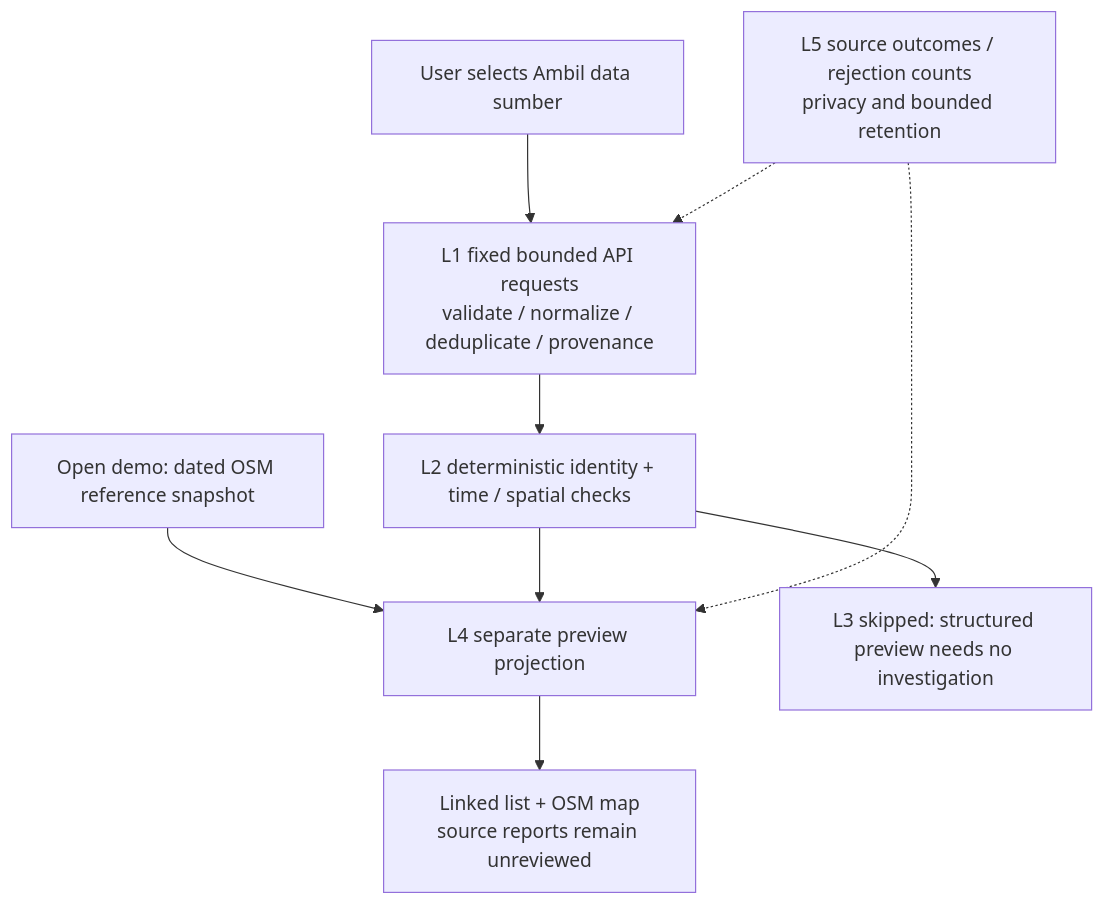
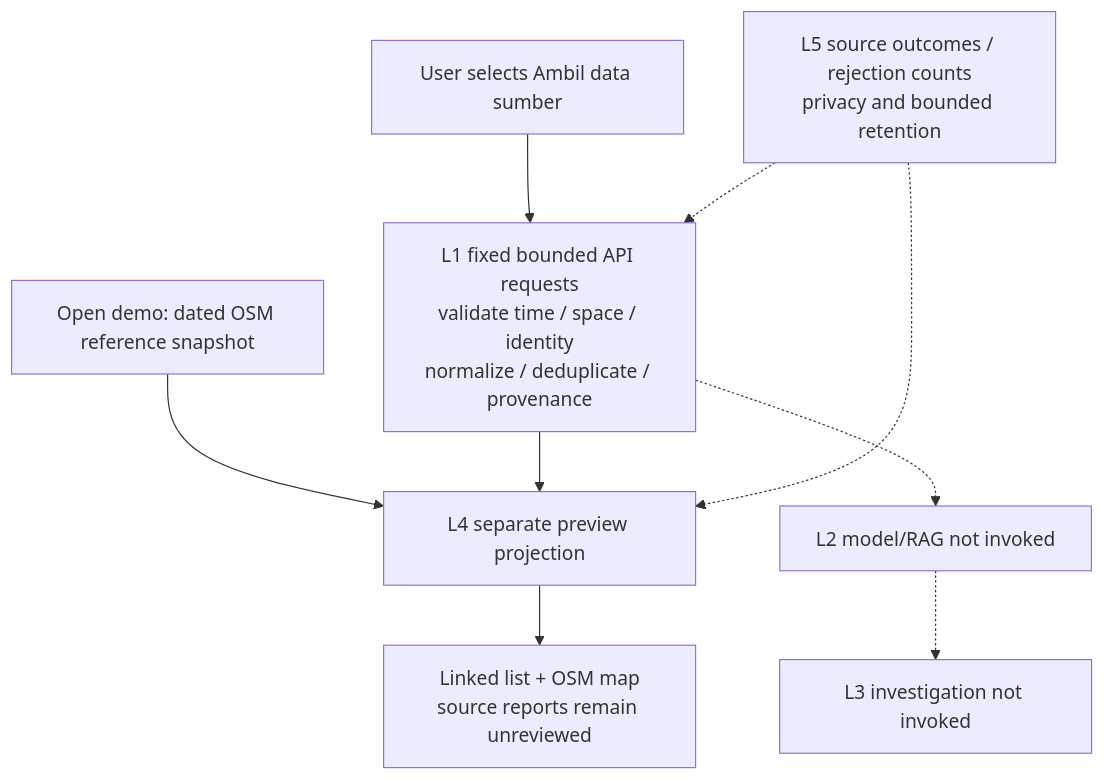
One commit to Asassinoooo/Waspada-Jakarta changed the diagram in docs/DEMO_DATA_INTEGRATION.md. Above: the diagram before and after it, drawn with Mermaid. The commit also changed other lines of this file and 2 other files, not shown here.

Commit message:
docs(INT-01): distinguish source report creation from incident time

````diff
--- a/docs/DEMO_DATA_INTEGRATION.md
+++ b/docs/DEMO_DATA_INTEGRATION.md
@@ -13,11 +13,11 @@
 ```mermaid
 flowchart TD
   A[Open demo: dated OSM reference snapshot] --> D[L4 separate preview projection]
-  B[User selects Ambil data sumber] --> C[L1 fixed bounded API requests\nvalidate / normalize / deduplicate / provenance]
-  C --> E[L2 deterministic identity + time / spatial checks]
-  E --> D
-  E --> F[L3 skipped: structured preview needs no investigation]
+  B[User selects Ambil data sumber] --> C[L1 fixed bounded API requests\nvalidate time / space / identity\nnormalize / deduplicate / provenance]
+  C --> D
+  C -.-> E[L2 model/RAG not invoked]
+  E -.-> F[L3 investigation not invoked]
   D --> G[Linked list + OSM map\nsource reports remain unreviewed]
   H[L5 source outcomes / rejection counts\nprivacy and bounded retention] -.-> C
   H -.-> D
 ```
````
